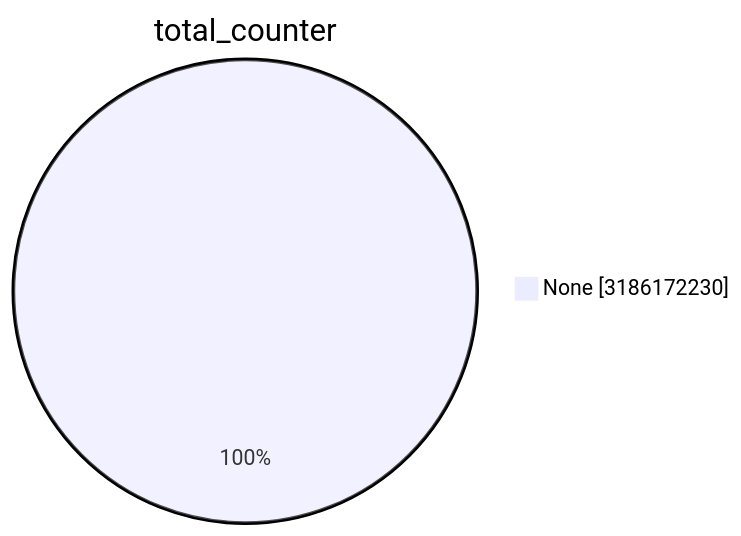
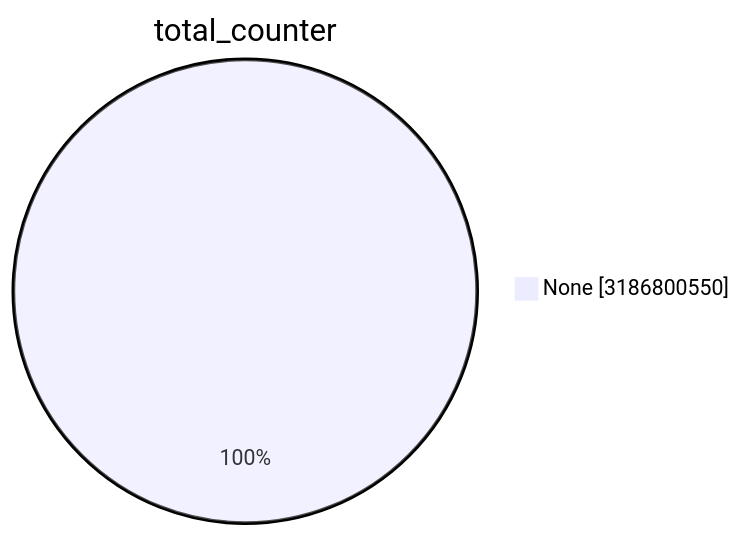
Before and after one commit to christiankrug/ctmonitor_visualization: the first of 15 diagrams in TOTAL/README.md, drawn with Mermaid. The commit also changed other lines of this file, not shown here.

````diff
--- a/TOTAL/README.md
+++ b/TOTAL/README.md
@@ -1,5 +1,5 @@
 ```mermaid
 pie showData
 title total_counter
-"None" :3186172230
+"None" :3186800550
 ```
````
